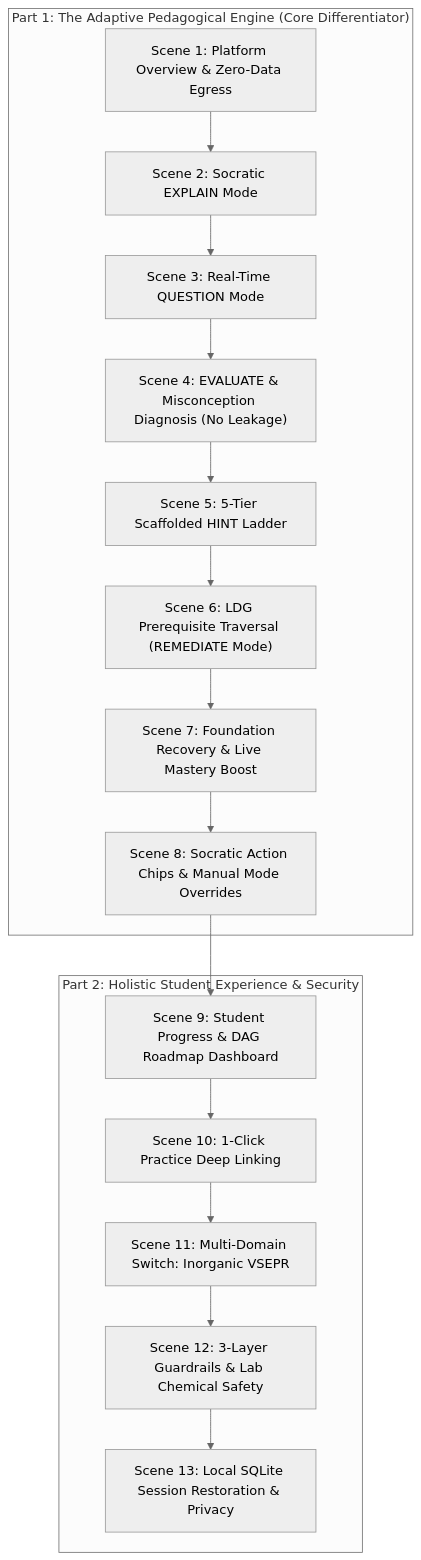
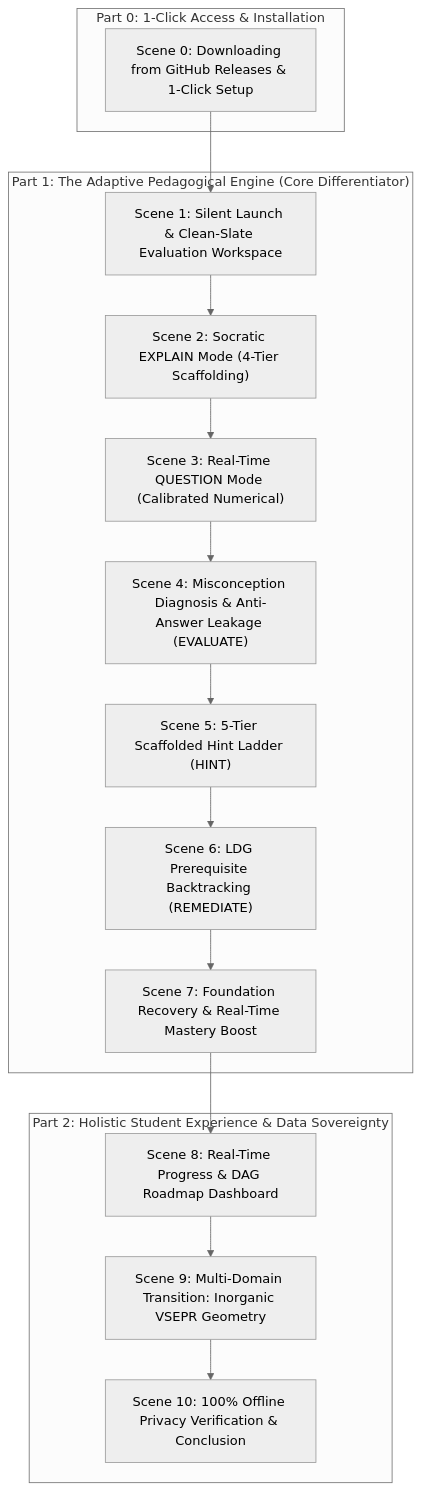
The diagram in DEMO_VIDEO_RECORDING_SCRIPT.md (ainabhinavsharma/Gayatri-Tutor-Chemistry), drawn with Mermaid (neutral theme) before and after one commit. The commit also changed other lines of this file and 2 other files, not shown here.

Commit message:
Polish: Silent GUI launch (zero console windows) and comprehensive demo video recording script

````diff
--- a/DEMO_VIDEO_RECORDING_SCRIPT.md
+++ b/DEMO_VIDEO_RECORDING_SCRIPT.md
@@ -28,20 +28,22 @@
 ```mermaid
 flowchart TD
-    subgraph Part1 ["Part 1: The Adaptive Pedagogical Engine (Core Differentiator)"]
-        S1["Scene 1: Platform Overview & Zero-Data Egress"] --> S2["Scene 2: Socratic EXPLAIN Mode"]
-        S2 --> S3["Scene 3: Real-Time QUESTION Mode"]
-        S3 --> S4["Scene 4: EVALUATE & Misconception Diagnosis (No Leakage)"]
-        S4 --> S5["Scene 5: 5-Tier Scaffolded HINT Ladder"]
-        S5 --> S6["Scene 6: LDG Prerequisite Traversal (REMEDIATE Mode)"]
-        S6 --> S7["Scene 7: Foundation Recovery & Live Mastery Boost"]
-        S7 --> S8["Scene 8: Socratic Action Chips & Manual Mode Overrides"]
+    subgraph Part0 ["Part 0: 1-Click Access & Installation"]
+        S0["Scene 0: Downloading from GitHub Releases & 1-Click Setup"]
     end
 
-    subgraph Part2 ["Part 2: Holistic Student Experience & Security"]
-        S8 --> S9["Scene 9: Student Progress & DAG Roadmap Dashboard"]
-        S9 --> S10["Scene 10: 1-Click Practice Deep Linking"]
-        S10 --> S11["Scene 11: Multi-Domain Switch: Inorganic VSEPR"]
-        S11 --> S12["Scene 12: 3-Layer Guardrails & Lab Chemical Safety"]
-        S12 --> S13["Scene 13: Local SQLite Session Restoration & Privacy"]
+    subgraph Part1 ["Part 1: The Adaptive Pedagogical Engine (Core Differentiator)"]
+        S0 --> S1["Scene 1: Silent Launch & Clean-Slate Evaluation Workspace"]
+        S1 --> S2["Scene 2: Socratic EXPLAIN Mode (4-Tier Scaffolding)"]
+        S2 --> S3["Scene 3: Real-Time QUESTION Mode (Calibrated Numerical)"]
+        S3 --> S4["Scene 4: Misconception Diagnosis & Anti-Answer Leakage (EVALUATE)"]
+        S4 --> S5["Scene 5: 5-Tier Scaffolded Hint Ladder (HINT)"]
+        S5 --> S6["Scene 6: LDG Prerequisite Backtracking (REMEDIATE)"]
+        S6 --> S7["Scene 7: Foundation Recovery & Real-Time Mastery Boost"]
+    end
+
+    subgraph Part2 ["Part 2: Holistic Student Experience & Data Sovereignty"]
+        S7 --> S8["Scene 8: Real-Time Progress & DAG Roadmap Dashboard"]
+        S8 --> S9["Scene 9: Multi-Domain Transition: Inorganic VSEPR Geometry"]
+        S9 --> S10["Scene 10: 100% Offline Privacy Verification & Conclusion"]
     end
 ```
````
